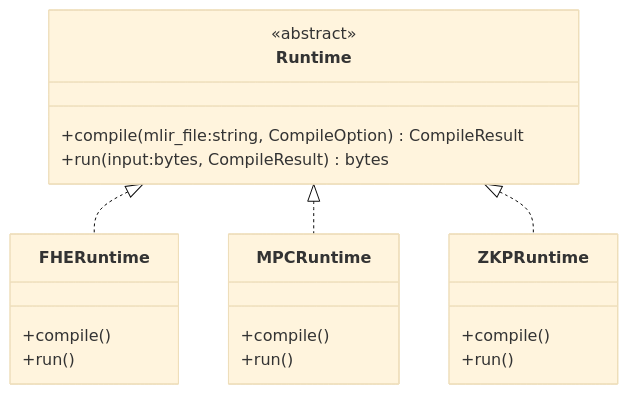
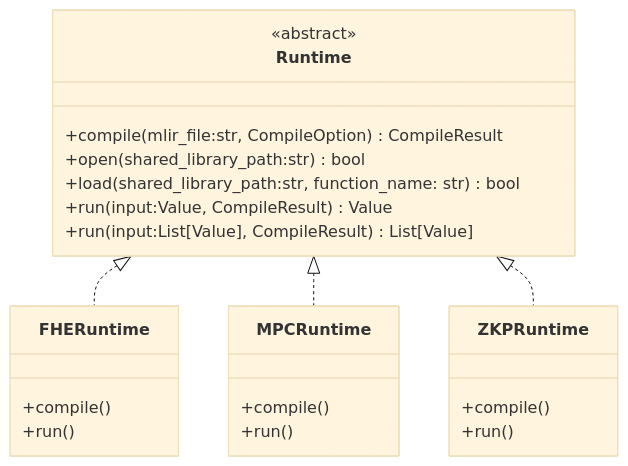
One commit to primus-labs/Aegis changed the eighth of 8 diagrams in docs/design/binding.md. Above: the diagram before and after it, drawn with Mermaid (base theme). The commit also changed other lines of this file, not shown here.

````diff
--- a/docs/design/binding.md
+++ b/docs/design/binding.md
@@ -231,24 +250,27 @@
 ```mermaid {align="center"}
 classDiagram
   class Runtime {
     <<abstract>>
-    +compile(mlir_file:string, CompileOption) CompileResult
-    +run(input:bytes, CompileResult) bytes
+    +compile(mlir_file:str, CompileOption) CompileResult
+    +open(shared_library_path:str) bool
+    +load(shared_library_path:str, function_name: str) bool
+    +run(input:Value, CompileResult) Value
+    +run(input:List[Value], CompileResult) List[Value]
   }
 
   Runtime <|.. FHERuntime
   class FHERuntime {
     +compile()
     +run()
   }
   Runtime <|.. MPCRuntime
   class MPCRuntime {
     +compile()
     +run()
   }
   Runtime <|.. ZKPRuntime
   class ZKPRuntime {
     +compile()
     +run()
   }
 ```
````
